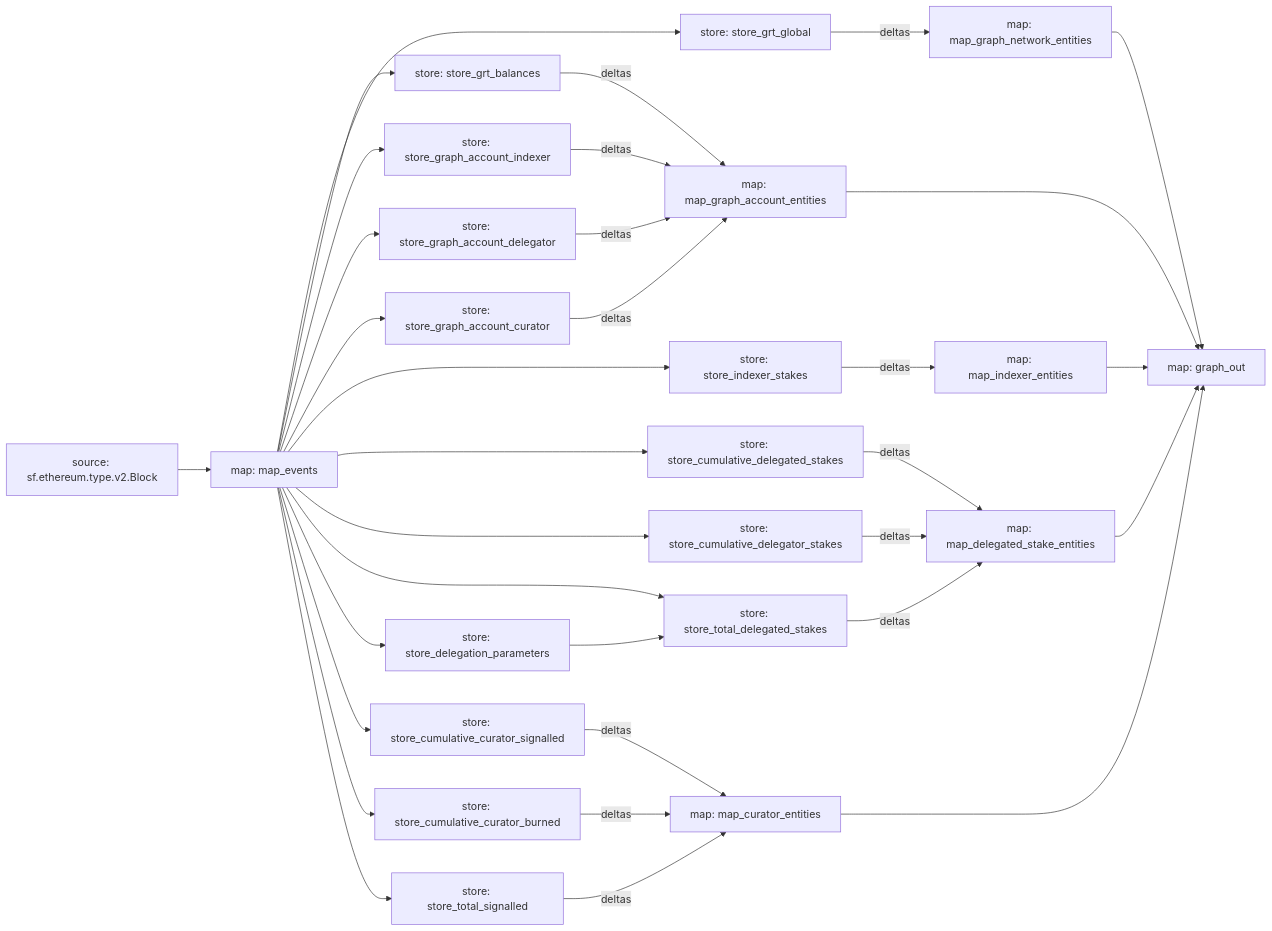
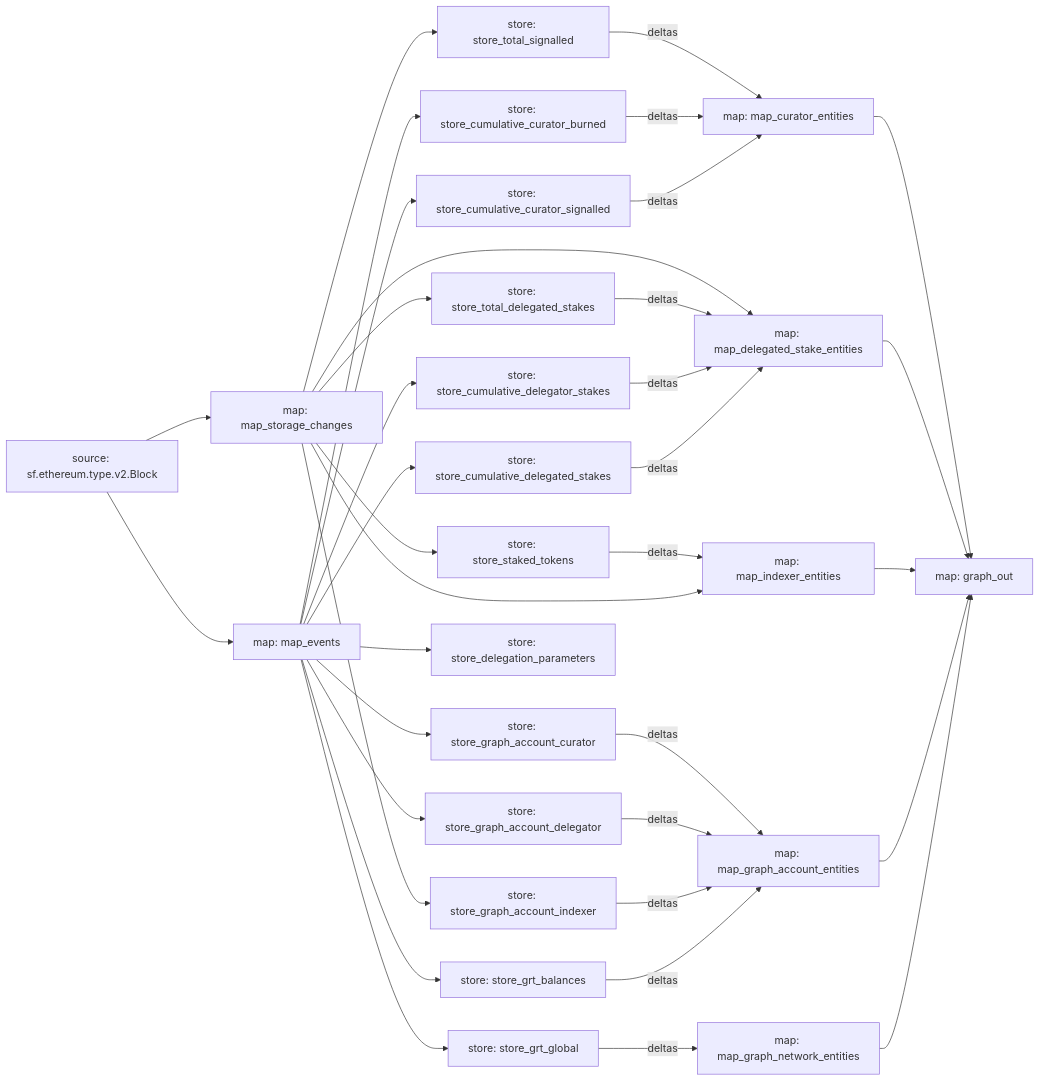
One commit to graphops/graph-network-substreams changed the diagram in README.md. Above: the diagram before and after it, drawn with Mermaid.

Commit message:
docs: substreams graph updated

````diff
--- a/README.md
+++ b/README.md
@@ -24,55 +24,58 @@
 ```mermaid
 graph LR;
+  map_storage_changes[map: map_storage_changes]
+  sf.ethereum.type.v2.Block[source: sf.ethereum.type.v2.Block] --> map_storage_changes
   map_events[map: map_events]
   sf.ethereum.type.v2.Block[source: sf.ethereum.type.v2.Block] --> map_events
   store_grt_balances[store: store_grt_balances]
   map_events --> store_grt_balances
   store_grt_global[store: store_grt_global]
   map_events --> store_grt_global
-  store_indexer_stakes[store: store_indexer_stakes]
-  map_events --> store_indexer_stakes
+  store_staked_tokens[store: store_staked_tokens]
+  map_storage_changes --> store_staked_tokens
   store_graph_account_indexer[store: store_graph_account_indexer]
-  map_events --> store_graph_account_indexer
+  map_storage_changes --> store_graph_account_indexer
   store_graph_account_delegator[store: store_graph_account_delegator]
   map_events --> store_graph_account_delegator
   store_graph_account_curator[store: store_graph_account_curator]
   map_events --> store_graph_account_curator
   store_cumulative_delegated_stakes[store: store_cumulative_delegated_stakes]
   map_events --> store_cumulative_delegated_stakes
   store_cumulative_delegator_stakes[store: store_cumulative_delegator_stakes]
   map_events --> store_cumulative_delegator_stakes
   store_total_delegated_stakes[store: store_total_delegated_stakes]
-  map_events --> store_total_delegated_stakes
-  store_delegation_parameters --> store_total_delegated_stakes
+  map_storage_changes --> store_total_delegated_stakes
   store_delegation_parameters[store: store_delegation_parameters]
   map_events --> store_delegation_parameters
   store_total_signalled[store: store_total_signalled]
-  map_events --> store_total_signalled
+  map_storage_changes --> store_total_signalled
   store_cumulative_curator_signalled[store: store_cumulative_curator_signalled]
   map_events --> store_cumulative_curator_signalled
   store_cumulative_curator_burned[store: store_cumulative_curator_burned]
   map_events --> store_cumulative_curator_burned
   map_graph_network_entities[map: map_graph_network_entities]
   store_grt_global -- deltas --> map_graph_network_entities
   map_graph_account_entities[map: map_graph_account_entities]
   store_grt_balances -- deltas --> map_graph_account_entities
   store_graph_account_indexer -- deltas --> map_graph_account_entities
   store_graph_account_delegator -- deltas --> map_graph_account_entities
   store_graph_account_curator -- deltas --> map_graph_account_entities
   map_indexer_entities[map: map_indexer_entities]
-  store_indexer_stakes -- deltas --> map_indexer_entities
+  map_storage_changes --> map_indexer_entities
+  store_staked_tokens -- deltas --> map_indexer_entities
   map_delegated_stake_entities[map: map_delegated_stake_entities]
   store_cumulative_delegated_stakes -- deltas --> map_delegated_stake_entities
   store_cumulative_delegator_stakes -- deltas --> map_delegated_stake_entities
   store_total_delegated_stakes -- deltas --> map_delegated_stake_entities
+  map_storage_changes --> map_delegated_stake_entities
   map_curator_entities[map: map_curator_entities]
   store_cumulative_curator_signalled -- deltas --> map_curator_entities
   store_cumulative_curator_burned -- deltas --> map_curator_entities
   store_total_signalled -- deltas --> map_curator_entities
   graph_out[map: graph_out]
   map_graph_network_entities --> graph_out
   map_graph_account_entities --> graph_out
   map_indexer_entities --> graph_out
   map_delegated_stake_entities --> graph_out
   map_curator_entities --> graph_out
 ```
````
